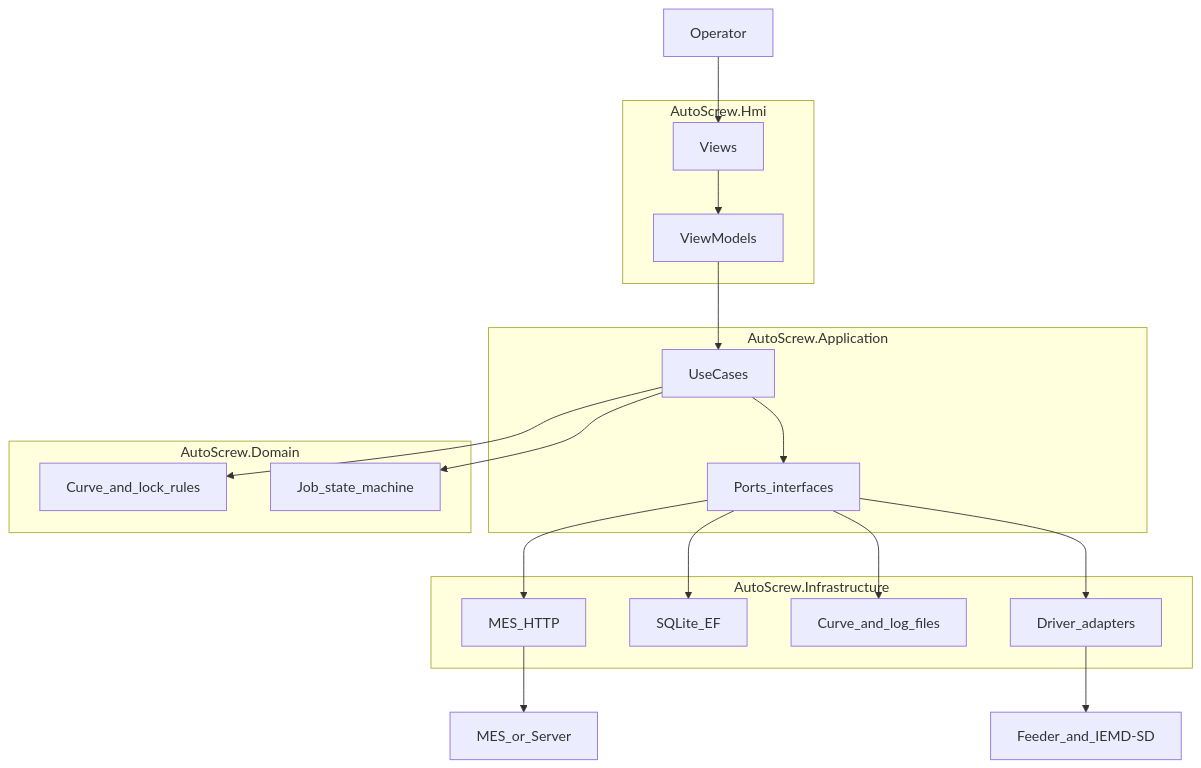
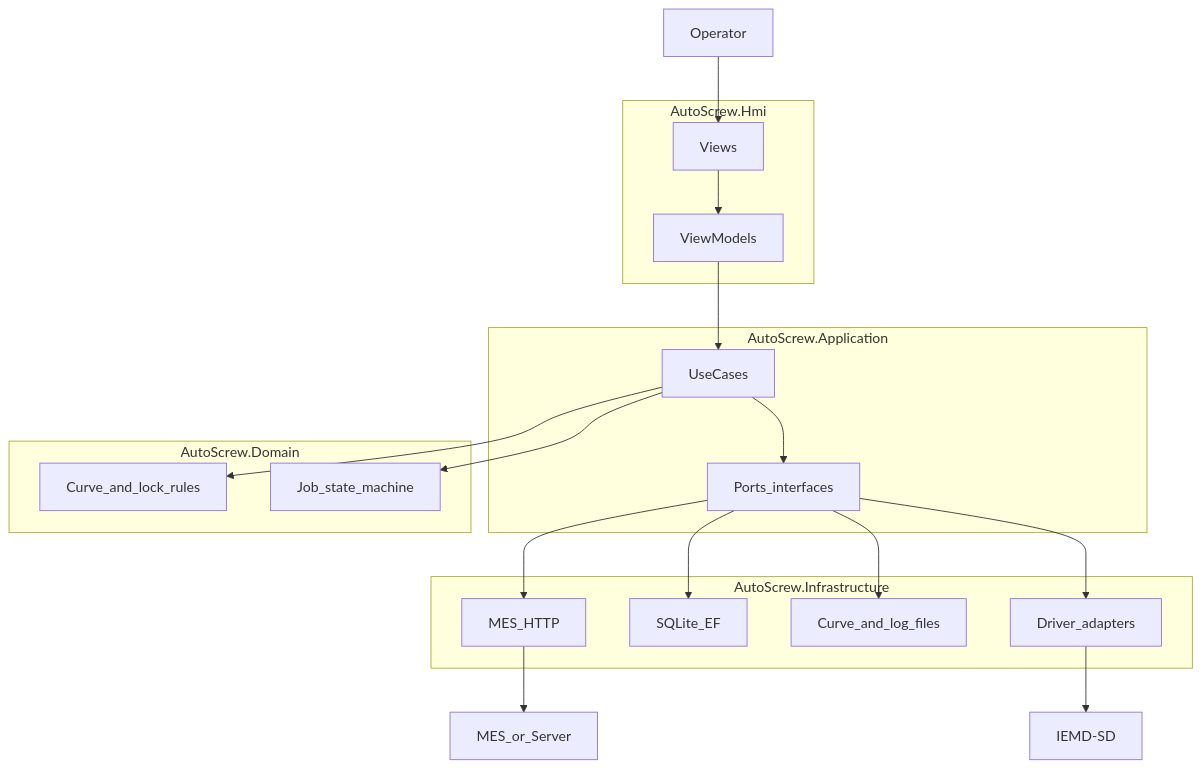
One commit to JacobLiou/AutoScrew changed the diagram in doc/Design.md. Above: the diagram before and after it, drawn with Mermaid. The commit also changed other lines of this file and 6 other files, not shown here.

````diff
--- a/doc/Design.md
+++ b/doc/Design.md
@@ -80,33 +81,33 @@
 ```mermaid
 flowchart TB
   subgraph hmi [AutoScrew.Hmi]
     Views[Views]
     VMs[ViewModels]
   end
   subgraph app [AutoScrew.Application]
     UseCases[UseCases]
     Ports[Ports_interfaces]
   end
   subgraph dom [AutoScrew.Domain]
     Rules[Curve_and_lock_rules]
     FSM[Job_state_machine]
   end
   subgraph infra [AutoScrew.Infrastructure]
     Mes[MES_HTTP]
     Db[SQLite_EF]
     Files[Curve_and_log_files]
     Devices[Driver_adapters]
   end
   Operator[Operator] --> Views
   Views --> VMs
   VMs --> UseCases
   UseCases --> Ports
   UseCases --> Rules
   UseCases --> FSM
   Ports --> Mes
   Ports --> Db
   Ports --> Files
   Ports --> Devices
   Mes --> MES[MES_or_Server]
-  Devices --> HW[Feeder_and_IEMD-SD]
+  Devices --> HW[IEMD-SD]
 ```
````
